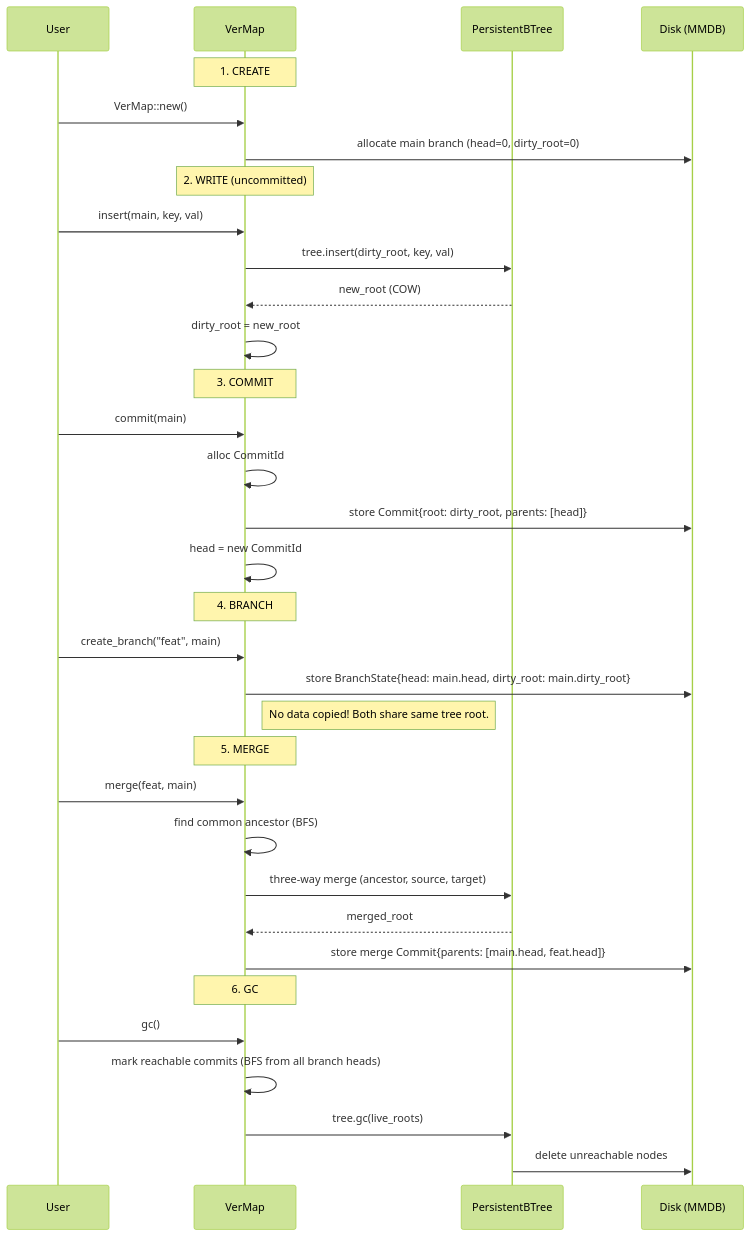
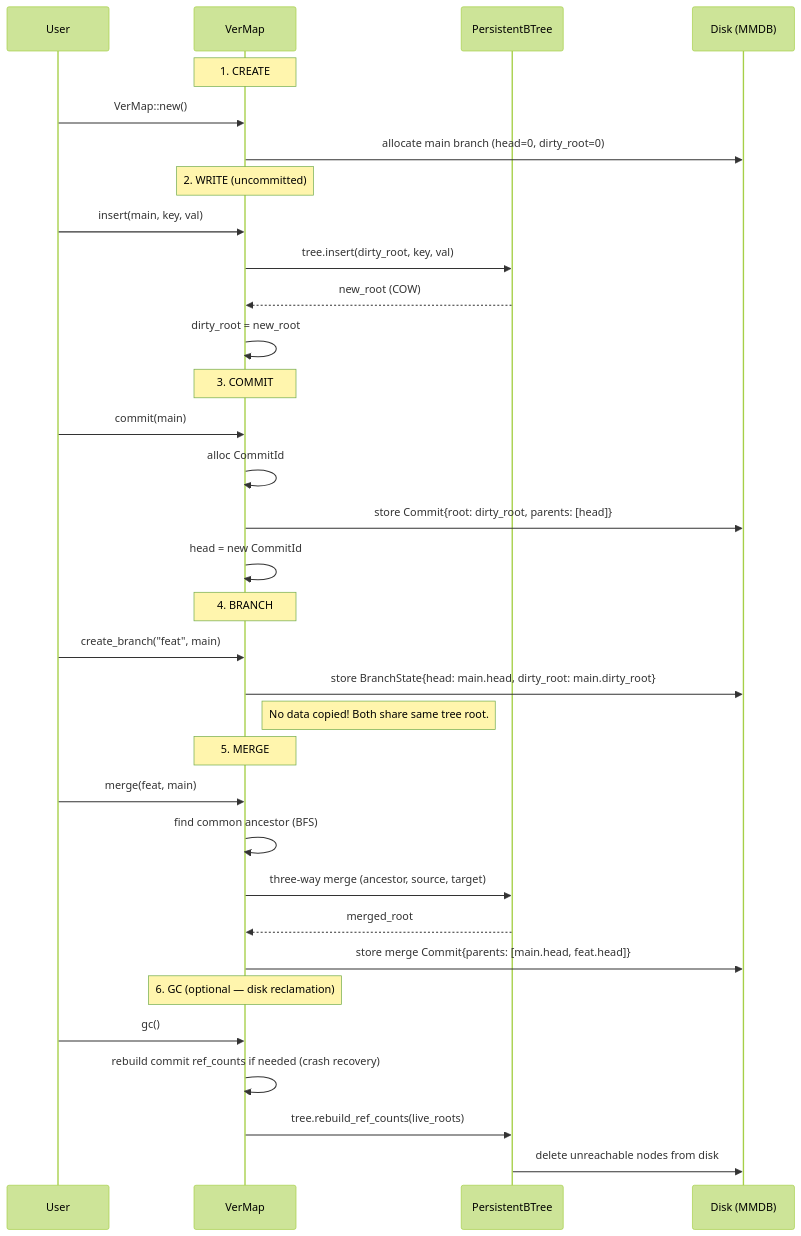
Before and after one commit to rust-util-collections/vsdb: the fifth of 19 diagrams in strata/docs/versioned.md, drawn with Mermaid (forest theme). The commit also changed other lines of this file and 11 other files, not shown here.

````diff
--- a/strata/docs/versioned.md
+++ b/strata/docs/versioned.md
@@ -152,41 +153,41 @@
 ```mermaid
 sequenceDiagram
     participant U as User
     participant V as VerMap
     participant T as PersistentBTree
     participant D as Disk (MMDB)
 
     Note over V: 1. CREATE
     U->>V: VerMap::new()
     V->>D: allocate main branch (head=0, dirty_root=0)
 
     Note over V: 2. WRITE (uncommitted)
     U->>V: insert(main, key, val)
     V->>T: tree.insert(dirty_root, key, val)
     T-->>V: new_root (COW)
     V->>V: dirty_root = new_root
 
     Note over V: 3. COMMIT
     U->>V: commit(main)
     V->>V: alloc CommitId
     V->>D: store Commit{root: dirty_root, parents: [head]}
     V->>V: head = new CommitId
 
     Note over V: 4. BRANCH
     U->>V: create_branch("feat", main)
     V->>D: store BranchState{head: main.head, dirty_root: main.dirty_root}
     Note right of V: No data copied! Both share same tree root.
 
     Note over V: 5. MERGE
     U->>V: merge(feat, main)
     V->>V: find common ancestor (BFS)
     V->>T: three-way merge (ancestor, source, target)
     T-->>V: merged_root
     V->>D: store merge Commit{parents: [main.head, feat.head]}
 
-    Note over V: 6. GC
+    Note over V: 6. GC (optional — disk reclamation)
     U->>V: gc()
-    V->>V: mark reachable commits (BFS from all branch heads)
-    V->>T: tree.gc(live_roots)
-    T->>D: delete unreachable nodes
+    V->>V: rebuild commit ref_counts if needed (crash recovery)
+    V->>T: tree.rebuild_ref_counts(live_roots)
+    T->>D: delete unreachable nodes from disk
 ```
````
